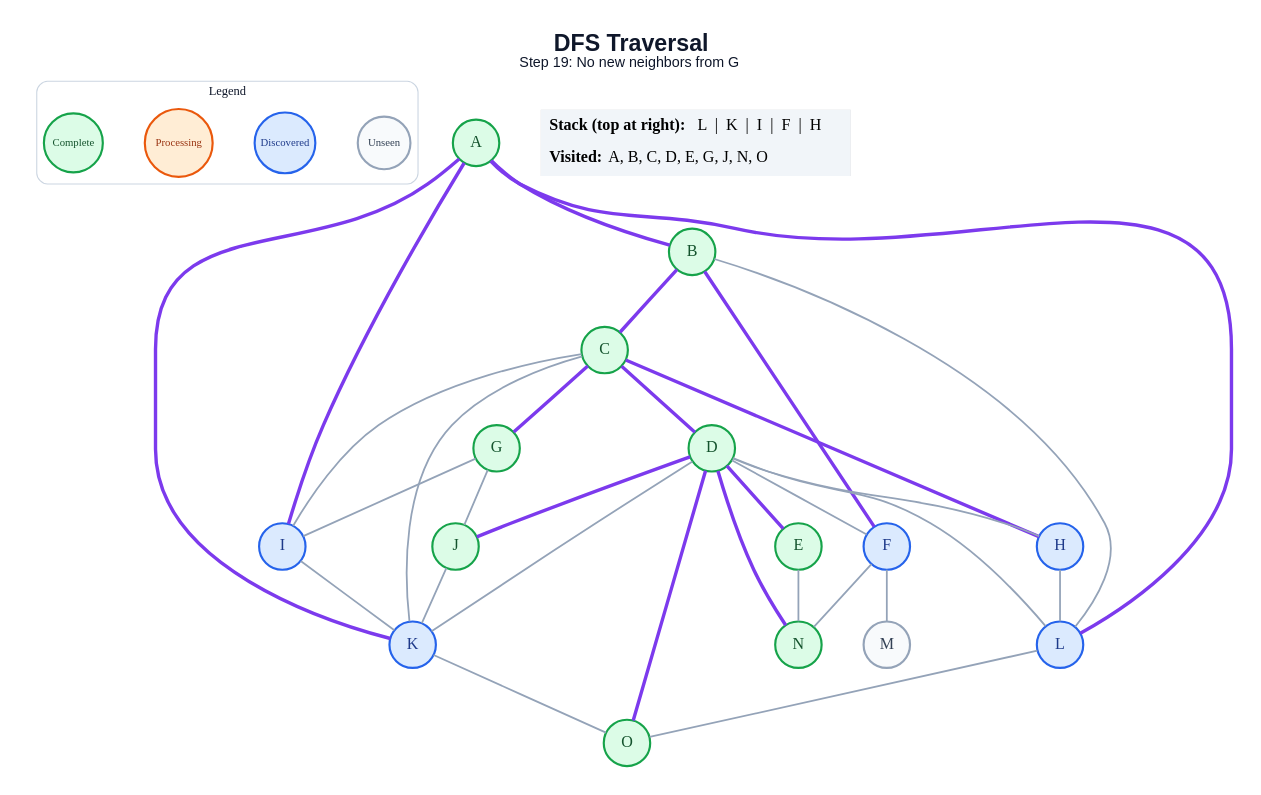
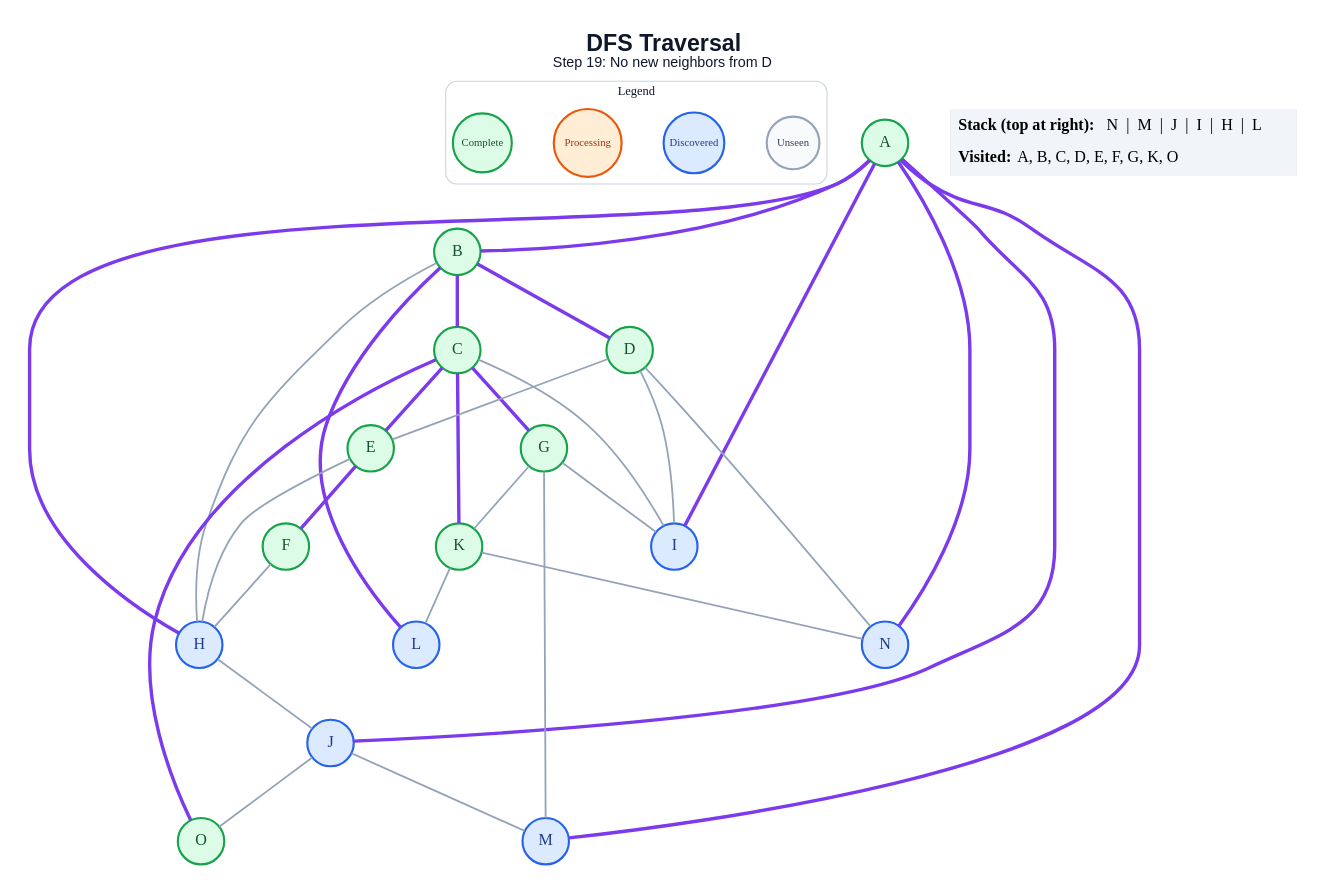
Before and after one commit to anon7238593-create/ai-slop: the diagram in generated/dfs/step_19.dot, drawn with Graphviz. The commit also changed 261 other files, not shown here.

```diff
--- a/generated/dfs/step_19.dot
+++ b/generated/dfs/step_19.dot
@@ -1,64 +1,63 @@
 graph traversal {
   graph [layout=dot, rankdir=TB, bgcolor="#FFFFFF", pad="0.35", nodesep="0.65", ranksep="0.8", fontname="Arial"];
   node [shape=circle, style="filled", fontname="Arial Bold", fontsize=18, width=0.72, fixedsize=true, penwidth=2.4];
   edge [color="#94A3B8", penwidth=2.0];
-  label=<<B>DFS Traversal</B><BR/><FONT POINT-SIZE="16">Step 19: No new neighbors from G</FONT>>; labelloc="t"; fontsize=26; fontname="Arial"; fontcolor="#0F172A";
+  label=<<B>DFS Traversal</B><BR/><FONT POINT-SIZE="16">Step 19: No new neighbors from D</FONT>>; labelloc="t"; fontsize=26; fontname="Arial"; fontcolor="#0F172A";
   subgraph cluster_legend { label="Legend"; color="#CBD5E1"; penwidth=1.2; style="rounded"; fontsize=14; fontname="Arial Bold";
     key_unseen [label="Unseen", fillcolor="#F8FAFC", color="#94A3B8", fontcolor="#334155", fontsize=12, width=0.82];
     key_frontier [label="Discovered", fillcolor="#DBEAFE", color="#2563EB", fontcolor="#1E3A8A", fontsize=12, width=0.95];
     key_current [label="Processing", fillcolor="#FFEDD5", color="#EA580C", fontcolor="#9A3412", fontsize=12, width=1.05];
     key_done [label="Complete", fillcolor="#DCFCE7", color="#16A34A", fontcolor="#14532D", fontsize=12, width=0.92];
     { rank=same; key_unseen; key_frontier; key_current; key_done; }
   }
   A [label="A", fillcolor="#DCFCE7", color="#16A34A", fontcolor="#14532D", peripheries=1, penwidth=2.4];
   B [label="B", fillcolor="#DCFCE7", color="#16A34A", fontcolor="#14532D", peripheries=1, penwidth=2.4];
   C [label="C", fillcolor="#DCFCE7", color="#16A34A", fontcolor="#14532D", peripheries=1, penwidth=2.4];
   D [label="D", fillcolor="#DCFCE7", color="#16A34A", fontcolor="#14532D", peripheries=1, penwidth=2.4];
   E [label="E", fillcolor="#DCFCE7", color="#16A34A", fontcolor="#14532D", peripheries=1, penwidth=2.4];
-  F [label="F", fillcolor="#DBEAFE", color="#2563EB", fontcolor="#1E3A8A", peripheries=1, penwidth=2.4];
+  F [label="F", fillcolor="#DCFCE7", color="#16A34A", fontcolor="#14532D", peripheries=1, penwidth=2.4];
   G [label="G", fillcolor="#DCFCE7", color="#16A34A", fontcolor="#14532D", peripheries=1, penwidth=2.4];
   H [label="H", fillcolor="#DBEAFE", color="#2563EB", fontcolor="#1E3A8A", peripheries=1, penwidth=2.4];
   I [label="I", fillcolor="#DBEAFE", color="#2563EB", fontcolor="#1E3A8A", peripheries=1, penwidth=2.4];
-  J [label="J", fillcolor="#DCFCE7", color="#16A34A", fontcolor="#14532D", peripheries=1, penwidth=2.4];
-  K [label="K", fillcolor="#DBEAFE", color="#2563EB", fontcolor="#1E3A8A", peripheries=1, penwidth=2.4];
+  J [label="J", fillcolor="#DBEAFE", color="#2563EB", fontcolor="#1E3A8A", peripheries=1, penwidth=2.4];
+  K [label="K", fillcolor="#DCFCE7", color="#16A34A", fontcolor="#14532D", peripheries=1, penwidth=2.4];
   L [label="L", fillcolor="#DBEAFE", color="#2563EB", fontcolor="#1E3A8A", peripheries=1, penwidth=2.4];
-  M [label="M", fillcolor="#F8FAFC", color="#94A3B8", fontcolor="#334155", peripheries=1, penwidth=2.4];
-  N [label="N", fillcolor="#DCFCE7", color="#16A34A", fontcolor="#14532D", peripheries=1, penwidth=2.4];
+  M [label="M", fillcolor="#DBEAFE", color="#2563EB", fontcolor="#1E3A8A", peripheries=1, penwidth=2.4];
+  N [label="N", fillcolor="#DBEAFE", color="#2563EB", fontcolor="#1E3A8A", peripheries=1, penwidth=2.4];
   O [label="O", fillcolor="#DCFCE7", color="#16A34A", fontcolor="#14532D", peripheries=1, penwidth=2.4];
   A -- B [color="#7C3AED", penwidth=3.8];
+  A -- H [color="#7C3AED", penwidth=3.8];
   A -- I [color="#7C3AED", penwidth=3.8];
-  A -- K [color="#7C3AED", penwidth=3.8];
-  A -- L [color="#7C3AED", penwidth=3.8];
+  A -- J [color="#7C3AED", penwidth=3.8];
+  A -- M [color="#7C3AED", penwidth=3.8];
+  A -- N [color="#7C3AED", penwidth=3.8];
   B -- C [color="#7C3AED", penwidth=3.8];
-  B -- F [color="#7C3AED", penwidth=3.8];
-  B -- L;
-  C -- D [color="#7C3AED", penwidth=3.8];
+  B -- D [color="#7C3AED", penwidth=3.8];
+  B -- H;
+  B -- L [color="#7C3AED", penwidth=3.8];
+  C -- E [color="#7C3AED", penwidth=3.8];
   C -- G [color="#7C3AED", penwidth=3.8];
-  C -- H [color="#7C3AED", penwidth=3.8];
   C -- I;
-  C -- K;
-  D -- E [color="#7C3AED", penwidth=3.8];
-  D -- F;
-  D -- H;
-  D -- J [color="#7C3AED", penwidth=3.8];
-  D -- K;
-  D -- L;
-  D -- N [color="#7C3AED", penwidth=3.8];
-  D -- O [color="#7C3AED", penwidth=3.8];
-  E -- N;
-  F -- M;
-  F -- N;
+  C -- K [color="#7C3AED", penwidth=3.8];
+  C -- O [color="#7C3AED", penwidth=3.8];
+  D -- E;
+  D -- I;
+  D -- N;
+  E -- F [color="#7C3AED", penwidth=3.8];
+  E -- H;
+  F -- H;
   G -- I;
-  G -- J;
-  H -- L;
-  I -- K;
-  J -- K;
-  K -- O;
-  L -- O;
+  G -- K;
+  G -- M;
+  H -- J;
+  J -- M;
+  J -- O;
+  K -- L;
+  K -- N;
   status [shape=plain, fixedsize=false, width=0, height=0, margin=0, label=<
     <TABLE BORDER="0" CELLBORDER="0" CELLPADDING="7" BGCOLOR="#F1F5F9">
-      <TR><TD ALIGN="LEFT"><B>Stack (top at right):</B> L  |  K  |  I  |  F  |  H</TD></TR>
-      <TR><TD ALIGN="LEFT"><B>Visited:</B> A, B, C, D, E, G, J, N, O</TD></TR>
+      <TR><TD ALIGN="LEFT"><B>Stack (top at right):</B> N  |  M  |  J  |  I  |  H  |  L</TD></TR>
+      <TR><TD ALIGN="LEFT"><B>Visited:</B> A, B, C, D, E, F, G, K, O</TD></TR>
     </TABLE>
   >];
 }
```
